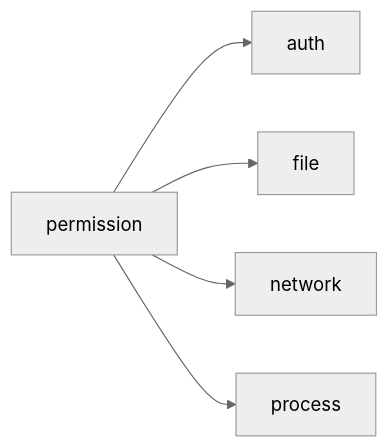
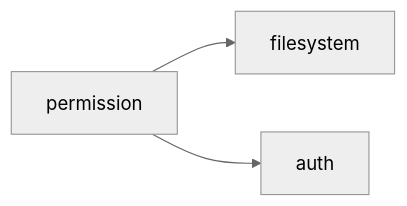
The sixth of 11 diagrams in friction-taxonomy.md (meaganewaller/weekly-reviews), drawn with Mermaid (neutral theme) before and after one commit. The commit also changed other lines of this file and 2 other files, not shown here.

```diff
--- a/friction-taxonomy.md
+++ b/friction-taxonomy.md
@@ -129,7 +146,5 @@
 {% mermaid %}
 flowchart LR
-    A[permission] --> B[auth]
-    A --> C[file]
-    A --> D[network]
-    A --> E[process]
+    A[permission] --> B[filesystem]
+    A --> C[auth]
 {% endmermaid %}
```
